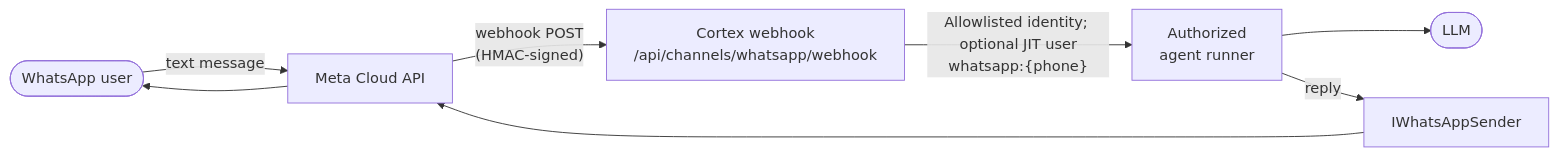
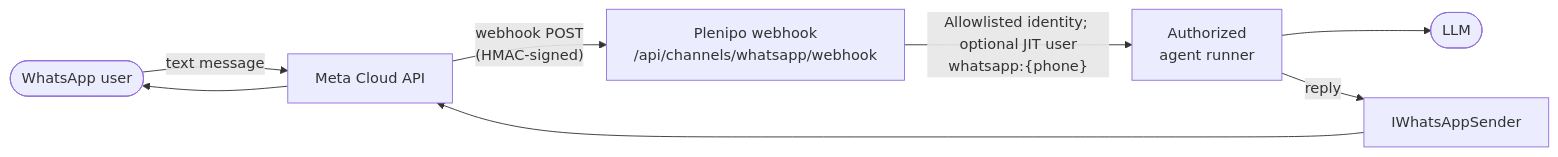
Before and after one commit to abrahamFerga/Plenipo: the diagram in docs/WHATSAPP_CHANNEL.md, drawn with Mermaid. The commit also changed other lines of this file and 1478 other files, not shown here.

````diff
--- a/docs/WHATSAPP_CHANNEL.md
+++ b/docs/WHATSAPP_CHANNEL.md
@@ -8,9 +8,9 @@
 ```mermaid
 flowchart LR
     W(["WhatsApp user"]) -->|"text message"| M["Meta Cloud API"]
-    M -->|"webhook POST<br/>(HMAC-signed)"| C["Cortex webhook<br/>/api/channels/whatsapp/webhook"]
+    M -->|"webhook POST<br/>(HMAC-signed)"| C["Plenipo webhook<br/>/api/channels/whatsapp/webhook"]
     C -->|"Allowlisted identity; optional JIT user<br/>whatsapp:{phone}"| R["Authorized<br/>agent runner"]
     R --> L(["LLM"])
     R -->|"reply"| S["IWhatsAppSender"]
     S --> M --> W
 ```
````
